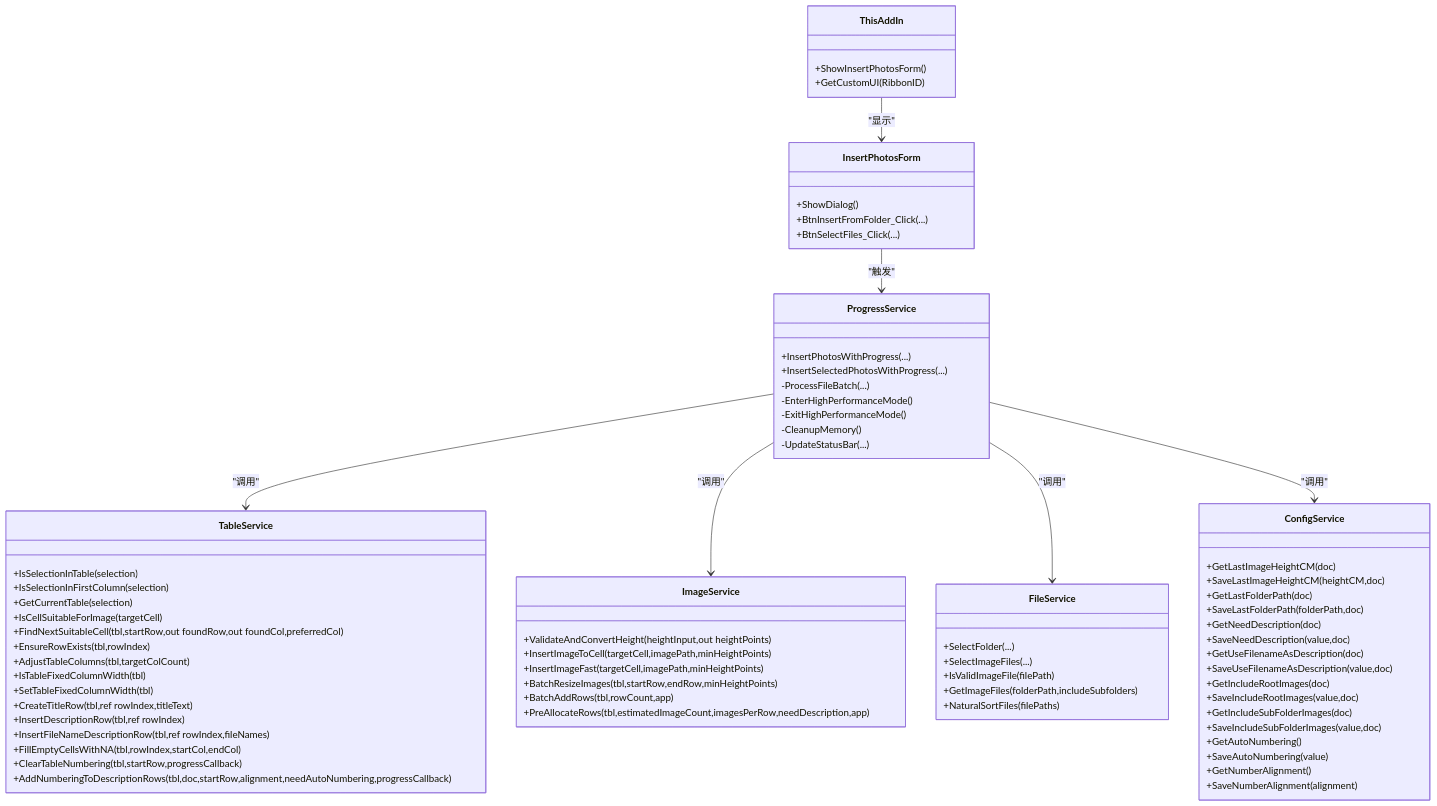
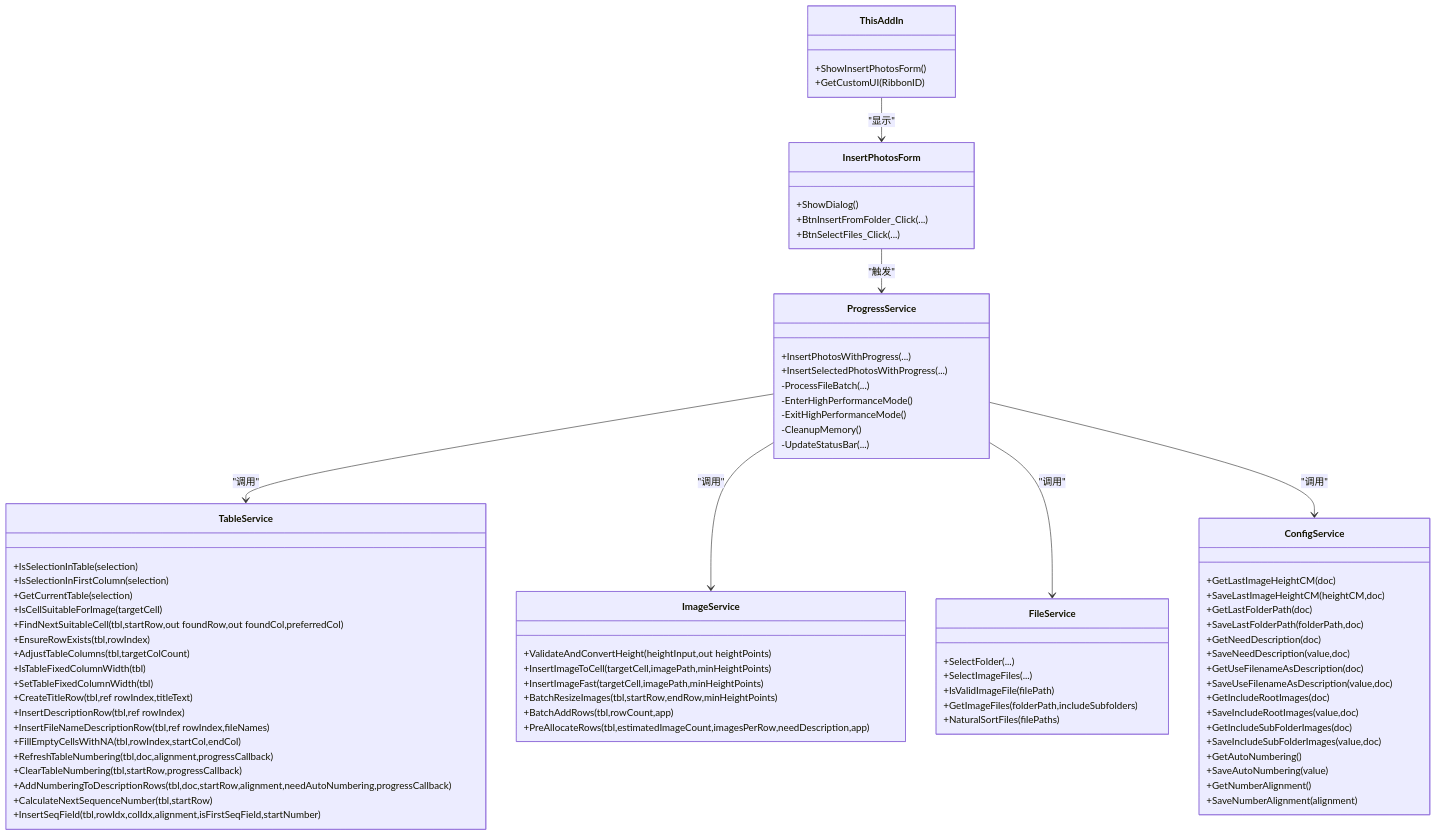
The sixth of 6 diagrams in .qoder/repowiki/zh/content/核心功能/表格处理服务.md (rainiva/WordTools), drawn with Mermaid before and after one commit. The commit also changed other lines of this file and 7 other files, not shown here.

````diff
--- a/.qoder/repowiki/zh/content/核心功能/表格处理服务.md
+++ b/.qoder/repowiki/zh/content/核心功能/表格处理服务.md
@@ -318,77 +328,80 @@
 ```mermaid
 classDiagram
 class TableService {
 +IsSelectionInTable(selection)
 +IsSelectionInFirstColumn(selection)
 +GetCurrentTable(selection)
 +IsCellSuitableForImage(targetCell)
 +FindNextSuitableCell(tbl,startRow,out foundRow,out foundCol,preferredCol)
 +EnsureRowExists(tbl,rowIndex)
 +AdjustTableColumns(tbl,targetColCount)
 +IsTableFixedColumnWidth(tbl)
 +SetTableFixedColumnWidth(tbl)
 +CreateTitleRow(tbl,ref rowIndex,titleText)
 +InsertDescriptionRow(tbl,ref rowIndex)
 +InsertFileNameDescriptionRow(tbl,ref rowIndex,fileNames)
 +FillEmptyCellsWithNA(tbl,rowIndex,startCol,endCol)
++RefreshTableNumbering(tbl,doc,alignment,progressCallback)
 +ClearTableNumbering(tbl,startRow,progressCallback)
 +AddNumberingToDescriptionRows(tbl,doc,startRow,alignment,needAutoNumbering,progressCallback)
++CalculateNextSequenceNumber(tbl,startRow)
++InsertSeqField(tbl,rowIdx,colIdx,alignment,isFirstSeqField,startNumber)
 }
 class ImageService {
 +ValidateAndConvertHeight(heightInput,out heightPoints)
 +InsertImageToCell(targetCell,imagePath,minHeightPoints)
 +InsertImageFast(targetCell,imagePath,minHeightPoints)
 +BatchResizeImages(tbl,startRow,endRow,minHeightPoints)
 +BatchAddRows(tbl,rowCount,app)
 +PreAllocateRows(tbl,estimatedImageCount,imagesPerRow,needDescription,app)
 }
 class ProgressService {
 +InsertPhotosWithProgress(...)
 +InsertSelectedPhotosWithProgress(...)
 -ProcessFileBatch(...)
 -EnterHighPerformanceMode()
 -ExitHighPerformanceMode()
 -CleanupMemory()
 -UpdateStatusBar(...)
 }
 class FileService {
 +SelectFolder(...)
 +SelectImageFiles(...)
 +IsValidImageFile(filePath)
 +GetImageFiles(folderPath,includeSubfolders)
 +NaturalSortFiles(filePaths)
 }
 class ConfigService {
 +GetLastImageHeightCM(doc)
 +SaveLastImageHeightCM(heightCM,doc)
 +GetLastFolderPath(doc)
 +SaveLastFolderPath(folderPath,doc)
 +GetNeedDescription(doc)
 +SaveNeedDescription(value,doc)
 +GetUseFilenameAsDescription(doc)
 +SaveUseFilenameAsDescription(value,doc)
 +GetIncludeRootImages(doc)
 +SaveIncludeRootImages(value,doc)
 +GetIncludeSubFolderImages(doc)
 +SaveIncludeSubFolderImages(value,doc)
 +GetAutoNumbering()
 +SaveAutoNumbering(value)
 +GetNumberAlignment()
 +SaveNumberAlignment(alignment)
 }
 class InsertPhotosForm {
 +ShowDialog()
 +BtnInsertFromFolder_Click(...)
 +BtnSelectFiles_Click(...)
 }
 class ThisAddIn {
 +ShowInsertPhotosForm()
 +GetCustomUI(RibbonID)
 }
 ProgressService --> TableService : "调用"
 ProgressService --> ImageService : "调用"
 ProgressService --> FileService : "调用"
 ProgressService --> ConfigService : "调用"
 InsertPhotosForm --> ProgressService : "触发"
 ThisAddIn --> InsertPhotosForm : "显示"
 ```
````
